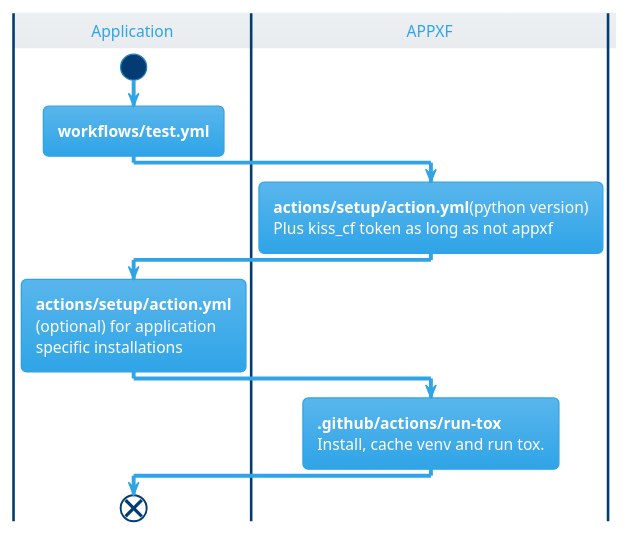
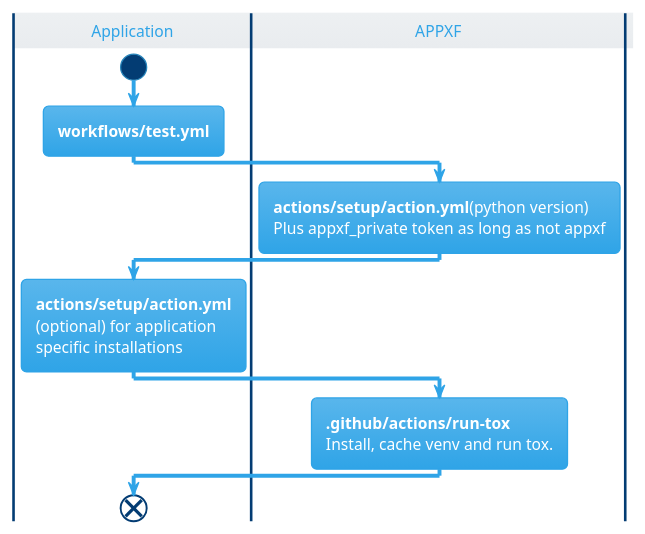
One commit to alexander-rd/appxf changed the diagram in obsidian/modules/Github Support.md. Above: the diagram before and after it, drawn with PlantUML. The commit also changed other lines of this file and 29 other files, not shown here.

````diff
--- a/obsidian/modules/Github Support.md
+++ b/obsidian/modules/Github Support.md
@@ -2,23 +2,23 @@
 ```plantuml
 @startuml
-!theme cerulean 
+!theme cerulean
 
 |Application|
 start
 :<b>workflows/test.yml</b>;
 |APPXF|
 :<b>actions/setup/action.yml</b>(python version)
-Plus kiss_cf token as long as not appxf;
+Plus appxf_private token as long as not appxf;
 
 |Application|
 :<b>actions/setup/action.yml</b>
-(optional) for application 
+(optional) for application
 specific installations;
 
 |APPXF|
 :<b>.github/actions/run-tox</b>
 Install, cache venv and run tox.;
 |Application|
 end
 @enduml
 ```
````
